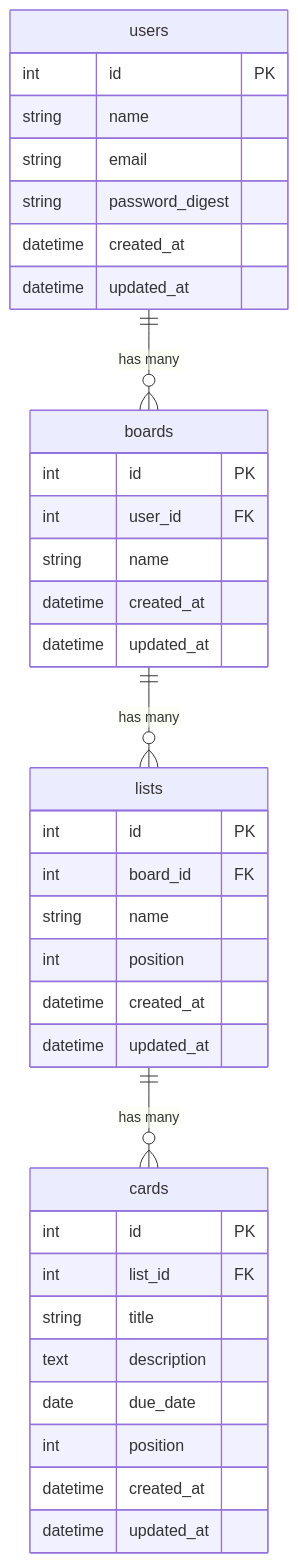
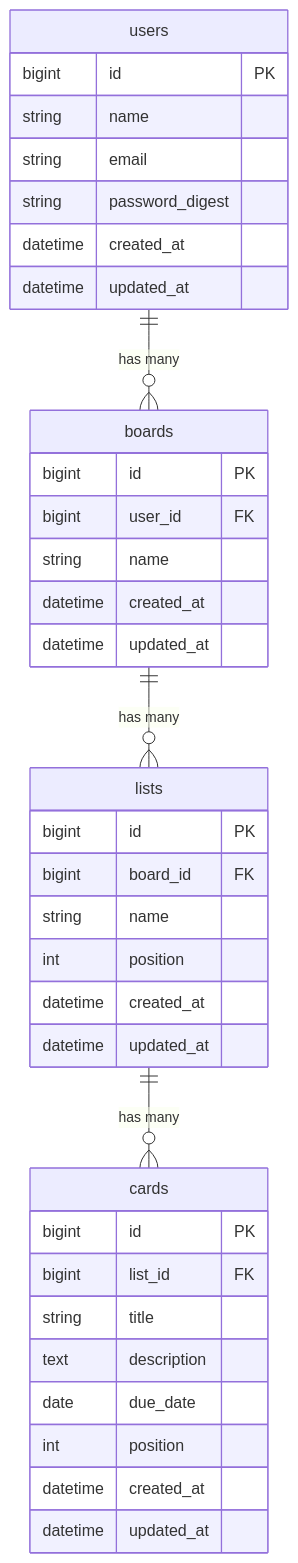
One commit to KAT-brave/TaskManagement changed the diagram in README.md. Above: the diagram before and after it, drawn with Mermaid. The commit also changed other lines of this file and 2 other files, not shown here.

````diff
--- a/README.md
+++ b/README.md
@@ -34,39 +81,39 @@
 ```mermaid
 erDiagram
     users {
-        int id PK
+        bigint id PK
         string name
         string email
         string password_digest
         datetime created_at
         datetime updated_at
     }
     boards {
-        int id PK
-        int user_id FK
+        bigint id PK
+        bigint user_id FK
         string name
         datetime created_at
         datetime updated_at
     }
     lists {
-        int id PK
-        int board_id FK
+        bigint id PK
+        bigint board_id FK
         string name
         int position
         datetime created_at
         datetime updated_at
     }
     cards {
-        int id PK
-        int list_id FK
+        bigint id PK
+        bigint list_id FK
         string title
         text description
         date due_date
         int position
         datetime created_at
         datetime updated_at
     }
     users ||--o{ boards : "has many"
     boards ||--o{ lists : "has many"
     lists ||--o{ cards : "has many"
 ```
````
